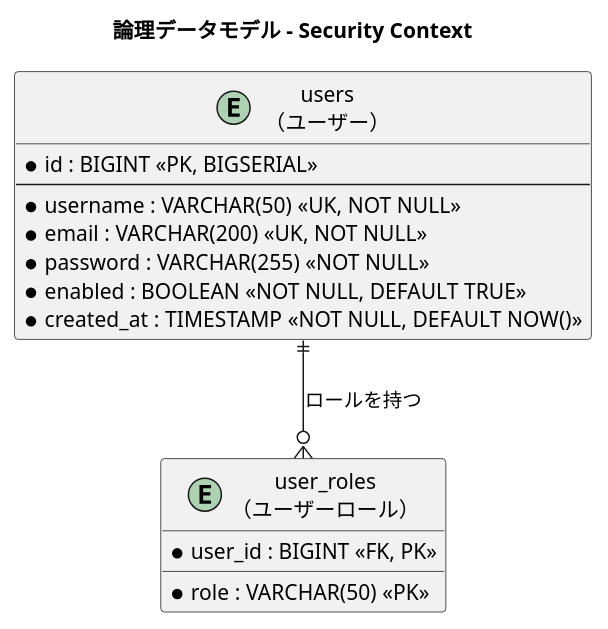
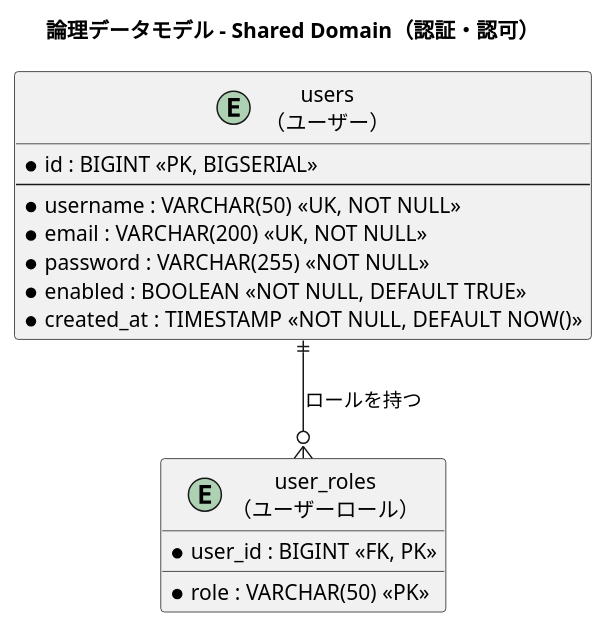
The ninth of 9 diagrams in docs/design/data-model.md (k2works/case-study-cargo-tracker), drawn with PlantUML before and after one commit. The commit also changed other lines of this file and 5 other files, not shown here.

````diff
--- a/docs/design/data-model.md
+++ b/docs/design/data-model.md
@@ -602,23 +602,23 @@
 ```plantuml
 @startuml
-title 論理データモデル - Security Context
+title 論理データモデル - Shared Domain（認証・認可）
 
 entity "users\n（ユーザー）" as users {
   * id : BIGINT <<PK, BIGSERIAL>>
   --
   * username : VARCHAR(50) <<UK, NOT NULL>>
   * email : VARCHAR(200) <<UK, NOT NULL>>
   * password : VARCHAR(255) <<NOT NULL>>
   * enabled : BOOLEAN <<NOT NULL, DEFAULT TRUE>>
   * created_at : TIMESTAMP <<NOT NULL, DEFAULT NOW()>>
 }
 
 entity "user_roles\n（ユーザーロール）" as user_roles {
   * user_id : BIGINT <<FK, PK>>
   * role : VARCHAR(50) <<PK>>
 }
 
 users ||--o{ user_roles : "ロールを持つ"
 
 @enduml
 ```
````
